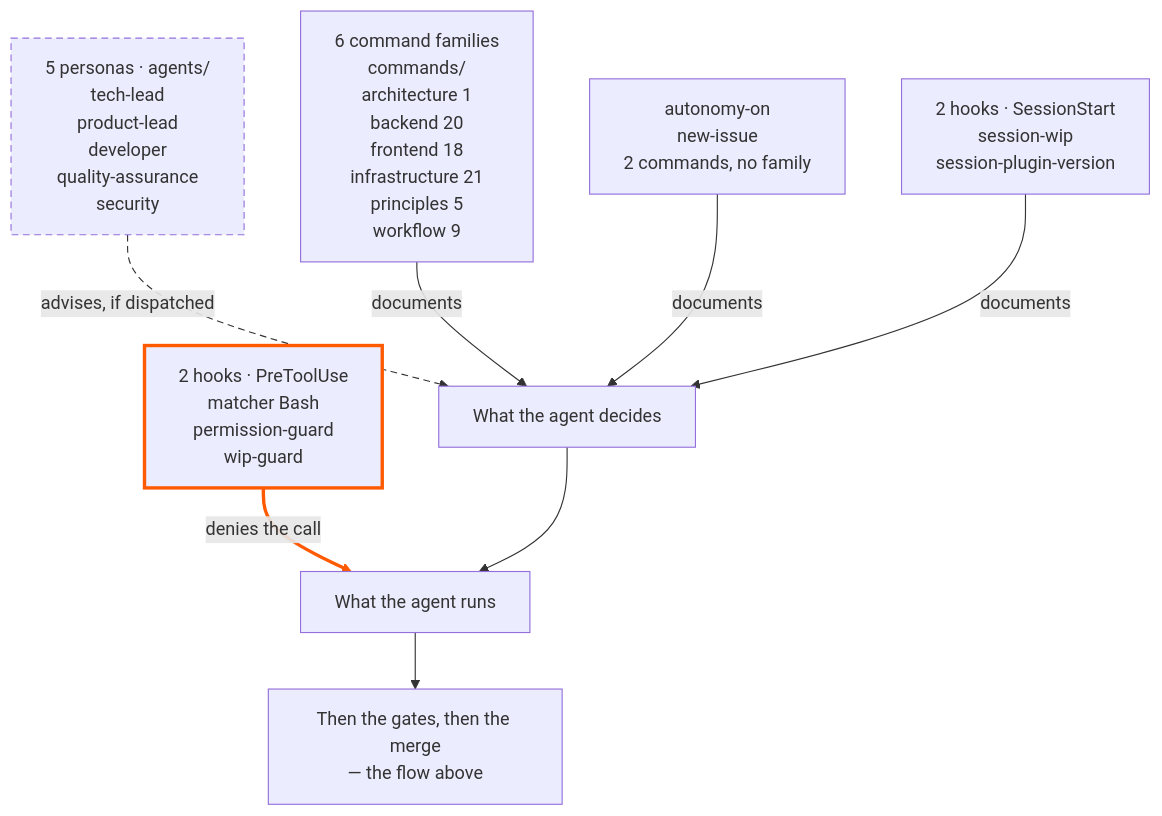
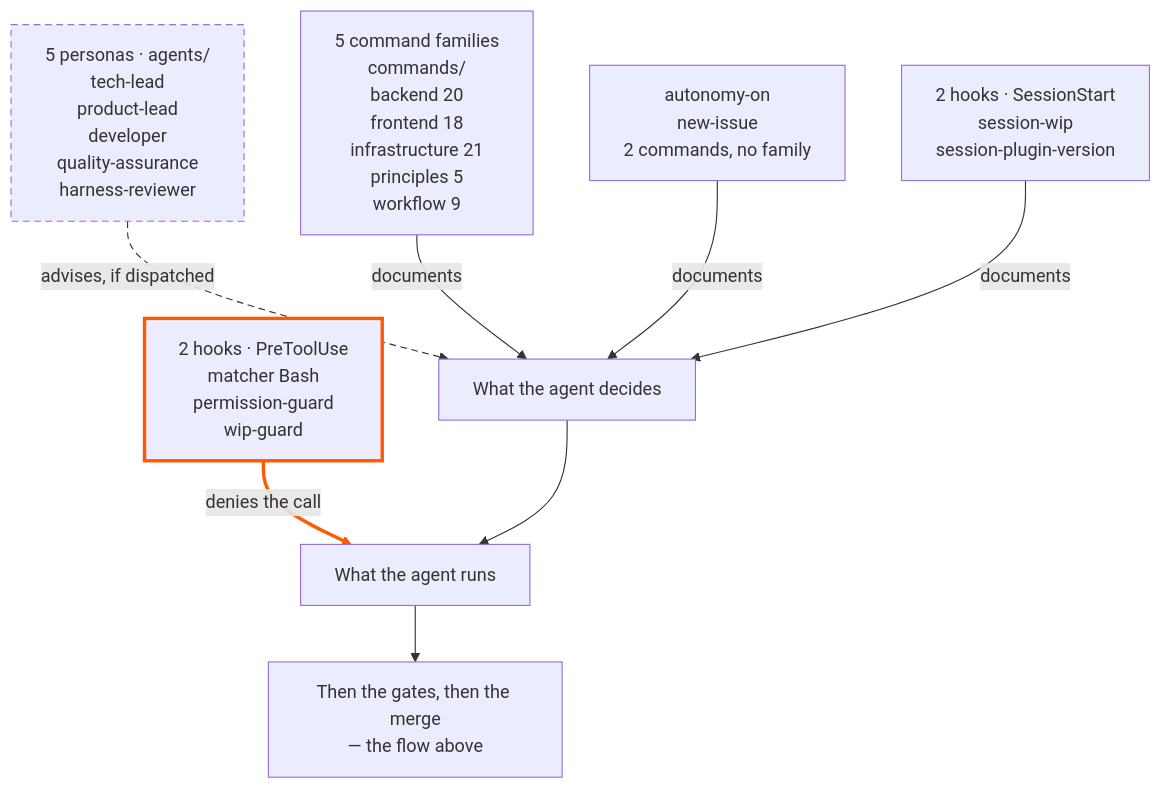
One commit to tedeuxx/tadeumendonca-io changed the fourth of 4 diagrams in apps/fed/src/content/architecture.en.md. Above: the diagram before and after it, drawn with Mermaid. The commit also changed 5 other files, not shown here.

````diff
--- a/apps/fed/src/content/architecture.en.md
+++ b/apps/fed/src/content/architecture.en.md
@@ -168,26 +168,26 @@
 ```mermaid
 flowchart TB
   accTitle: What the harness is made of
-  accDescr: Three kinds of component, drawn apart because they do not have the same force. The hooks registered in hooks.json — permission-guard and wip-guard run on the PreToolUse event with the matcher Bash and REFUSE a tool call before it runs; session-wip and session-plugin-version run on SessionStart and only report state. The personas in the agents directory — tech-lead, product-lead, developer, quality-assurance and security — only ADVISE, which is a claim about their JUDGEMENT and not about their seat. quality-assurance is the sharpest case in both directions: permission-guard rule 7b refuses the merge command from every agent type except that one, so WHO merges is mechanically forced — and nothing anywhere checks whether the review was performed, or performed well. security is weaker still, and must not be read as the same thing: nothing forces it to be dispatched at all, and a lens that is not dispatched fails silently. product-lead is the mirror case: it BLOCKS a merge when it finds a published claim that is untrue, but by convention rather than by hook, so nothing refuses the merge command on its behalf. The command families in the commands directory — architecture 1, backend 20, frontend 18, infrastructure 21, principles 5, workflow 9 — plus autonomy-on and new-issue, the commands in no family, only DOCUMENT: they remove a re-decision. In the drawing the deny edge is thick and in the accent colour, the advise edge is dashed, and the document edges are plain. That difference is the claim, not decoration.
+  accDescr: Three kinds of component, drawn apart because they do not have the same force. The hooks registered in hooks.json — permission-guard and wip-guard run on the PreToolUse event with the matcher Bash and REFUSE a tool call before it runs; session-wip and session-plugin-version run on SessionStart and only report state. The personas in the agents directory — tech-lead, product-lead, developer, quality-assurance and harness-reviewer — only ADVISE, which is a claim about their JUDGEMENT and not about their seat. quality-assurance is the sharpest case in both directions: permission-guard rule 7b refuses the merge command from every agent type except that one, so WHO merges is mechanically forced — and nothing anywhere checks whether the review was performed, or performed well. harness-reviewer is weaker still, and must not be read as the same thing: it runs before anything is built rather than after, it gates nothing, and nothing forces it to be dispatched at all — a lens that is not dispatched fails silently. product-lead is the mirror case: it BLOCKS a merge when it finds a published claim that is untrue, but by convention rather than by hook, so nothing refuses the merge command on its behalf. The command families in the commands directory — backend 20, frontend 18, infrastructure 21, principles 5, workflow 9 — plus autonomy-on and new-issue, the commands in no family, only DOCUMENT: they remove a re-decision. In the drawing the deny edge is thick and in the accent colour, the advise edge is dashed, and the document edges are plain. That difference is the claim, not decoration.
   HKD["2 hooks · PreToolUse<br/>matcher Bash<br/>permission-guard<br/>wip-guard"]
-  PS["5 personas · agents/<br/>tech-lead<br/>product-lead<br/>developer<br/>quality-assurance<br/>security"]
-  CF["6 command families<br/>commands/<br/>architecture 1<br/>backend 20<br/>frontend 18<br/>infrastructure 21<br/>principles 5<br/>workflow 9"]
+  PS["5 personas · agents/<br/>tech-lead<br/>product-lead<br/>developer<br/>quality-assurance<br/>harness-reviewer"]
+  CF["5 command families<br/>commands/<br/>backend 20<br/>frontend 18<br/>infrastructure 21<br/>principles 5<br/>workflow 9"]
   OC["autonomy-on<br/>new-issue<br/>2 commands, no family"]
   HKR["2 hooks · SessionStart<br/>session-wip<br/>session-plugin-version"]
   DE["What the agent decides"]
   RU["What the agent runs"]
   GM["Then the gates, then the merge<br/>— the flow above"]
   HKD -- "denies the call" --> RU
   PS -- "advises, if dispatched" --> DE
   CF -- "documents" --> DE
   OC -- "documents" --> DE
   HKR -- "documents" --> DE
   DE --> RU
   RU --> GM
   classDef mechanism stroke:#FF5A00,stroke-width:3px
   classDef convention stroke-dasharray:6 4
   class HKD mechanism
   class PS convention
   linkStyle 0 stroke:#FF5A00,stroke-width:3px
   linkStyle 1 stroke-dasharray:6 4
 ```
````
